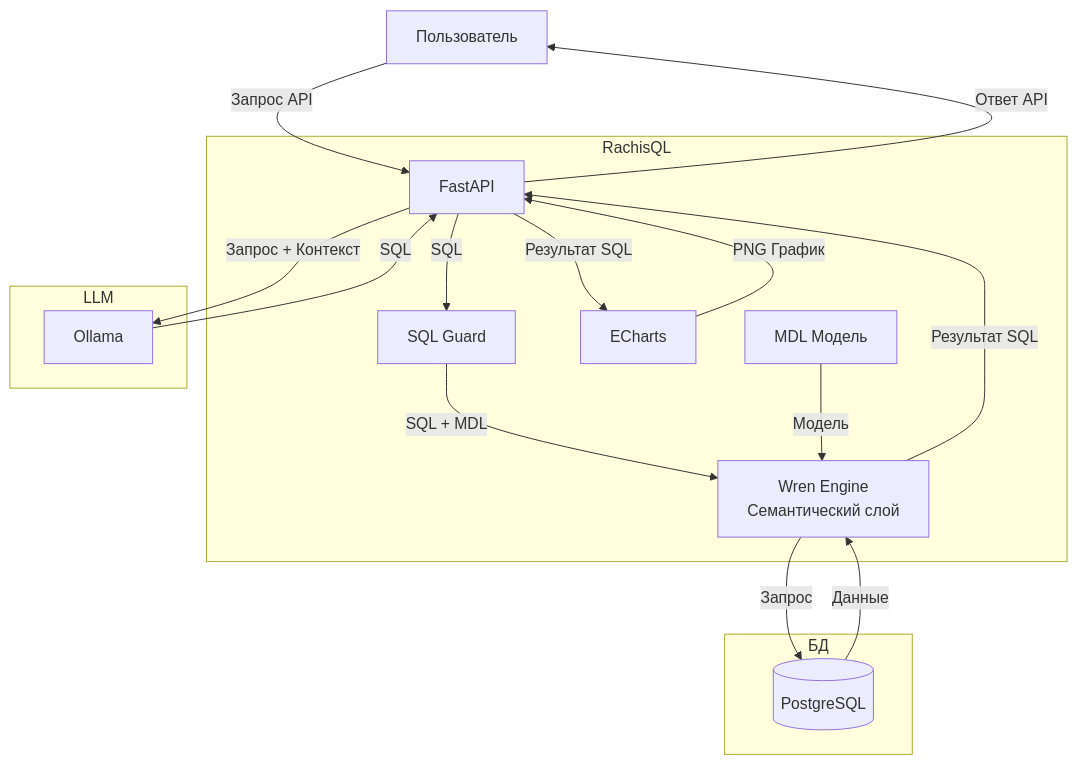
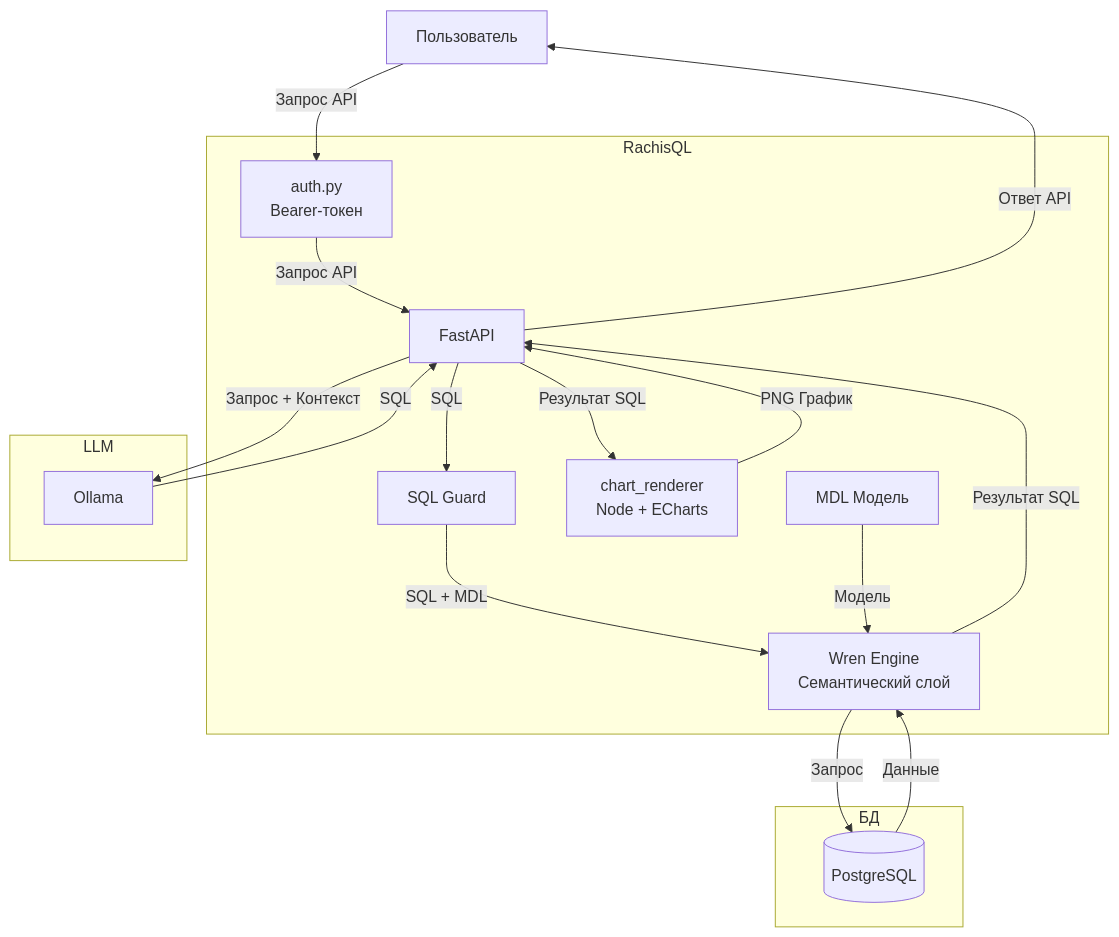
Before and after one commit to kirgonnacode/RachisQL: the diagram in README.md, drawn with Mermaid. The commit also changed other lines of this file and 4 other files, not shown here.

````diff
--- a/README.md
+++ b/README.md
@@ -15,33 +14,35 @@
 ```mermaid
 flowchart TB
     User[Пользователь]
 
     subgraph Backend[RachisQL]
         FastAPI[FastAPI]
         Wren[Wren Engine<br/>Семантический слой]
         MDL[MDL Модель]
-        ECharts
+        ECharts[chart_renderer<br/>Node + ECharts]
         sql_guard[SQL Guard]
+        auth.py[auth.py<br/>Bearer-токен]
     end
 
     subgraph AI[LLM]
         Ollama[Ollama]
     end
 
     subgraph Storage[БД]
         PostgreSQL[(PostgreSQL)]
     end
 
-    User -->|Запрос API| FastAPI
+    User -->|Запрос API| auth.py
+    auth.py -->|Запрос API| FastAPI
     FastAPI -->|Запрос + Контекст| Ollama
     Ollama -->|SQL| FastAPI
     FastAPI -->|SQL| sql_guard
     sql_guard -->|SQL + MDL| Wren
     MDL -->|Модель| Wren
     Wren -->|Запрос| PostgreSQL
     PostgreSQL -->|Данные| Wren
     Wren -->|Результат SQL| FastAPI
     FastAPI -->|Ответ API| User
     FastAPI -->|Результат SQL| ECharts
     ECharts -->|PNG График| FastAPI
 ```
````
